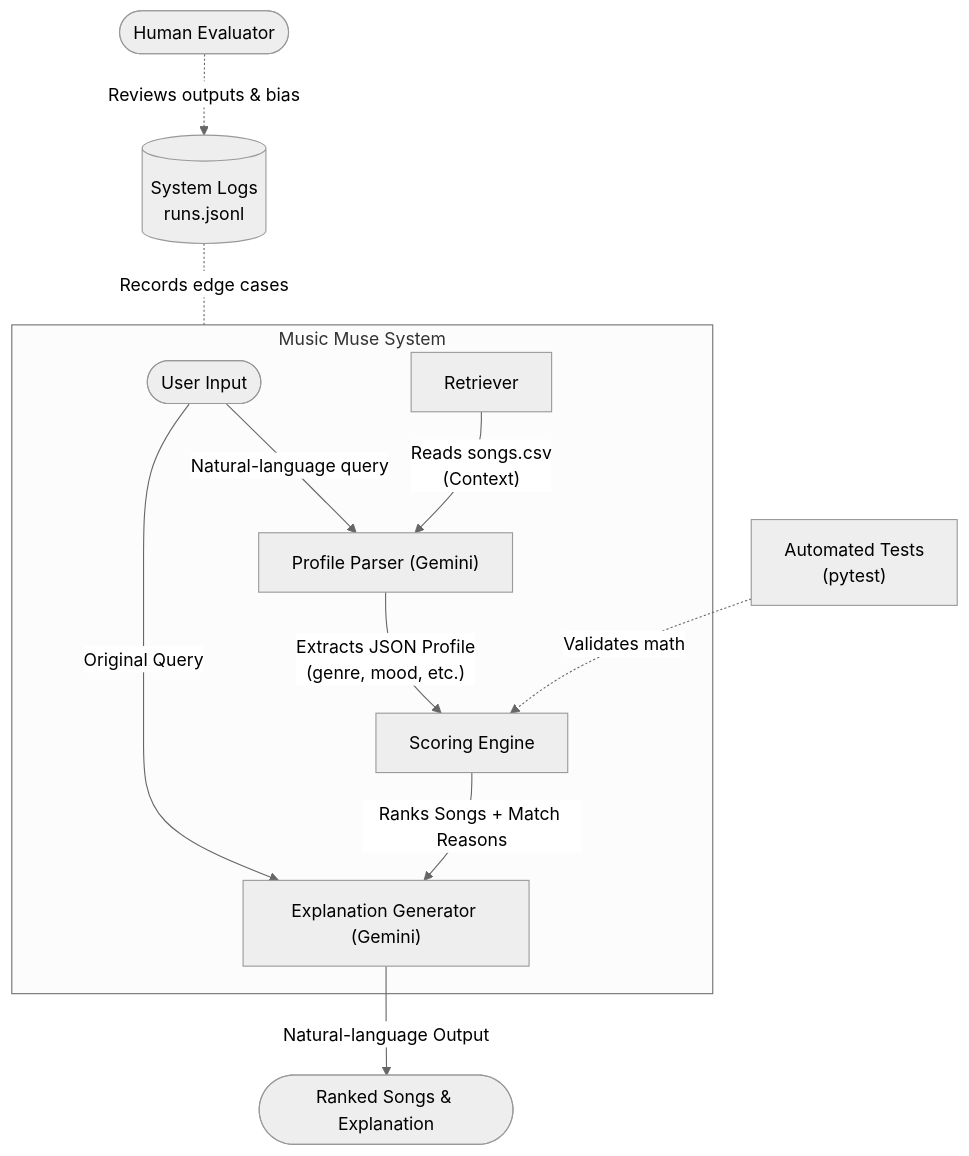
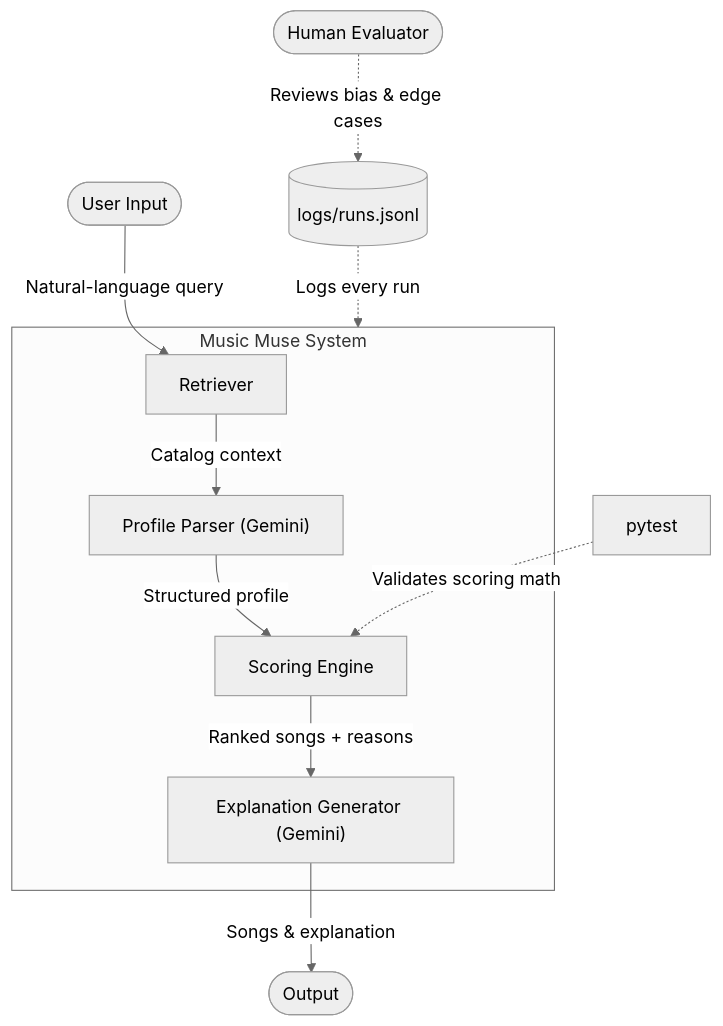
One commit to Osvaldo-AZ/applied-ai-system-project changed the diagram in README.md. Above: the diagram before and after it, drawn with Mermaid (neutral theme). The commit also changed 10 other files, not shown here.

Commit message:
Update README.md with revised system diagram and enhance architecture overview; add new images for clarity

````diff
--- a/README.md
+++ b/README.md
@@ -13,21 +13,16 @@
 ```mermaid
 flowchart TD
-    %% Human Input
-    User([User Input]) -- "Natural-language query" --> Parser
-    
-    %% Core System Components
+    User([User Input]) -- "Natural-language query" --> Retriever
+
     subgraph System["Music Muse System"]
-        Retriever[Retriever] -- "Reads songs.csv\n(Context)" --> Parser["Profile Parser (Gemini)"]
-        Parser -- "Extracts JSON Profile\n(genre, mood, etc.)" --> Scorer[Scoring Engine]
-        Scorer -- "Ranks Songs + Match Reasons" --> Generator["Explanation Generator (Gemini)"]
-        User -- "Original Query" --> Generator
+        Retriever[Retriever] -- "Catalog context" --> Parser["Profile Parser (Gemini)"]
+        Parser -- "Structured profile" --> Scorer[Scoring Engine]
+        Scorer -- "Ranked songs + reasons" --> Generator["Explanation Generator (Gemini)"]
     end
-    
-    %% Output Flow
-    Generator -- "Natural-language Output" --> Output(["Ranked Songs & Explanation"])
-    
-    %% Testing and Human Evaluation
-    Tester["Automated Tests\n(pytest)"] -. "Validates math" .-> Scorer
-    Logger[("System Logs\nruns.jsonl")] -. "Records edge cases" .- System
-    HumanEval([Human Evaluator]) -. "Reviews outputs & bias" .-> Logger
+
+    Generator -- "Songs & explanation" --> Output([Output])
+
+    Tester["pytest"] -. "Validates scoring math" .-> Scorer
+    Logger[("logs/runs.jsonl")] -. "Logs every run" .-> System
+    HumanEval([Human Evaluator]) -. "Reviews bias & edge cases" .-> Logger
 ```
````
